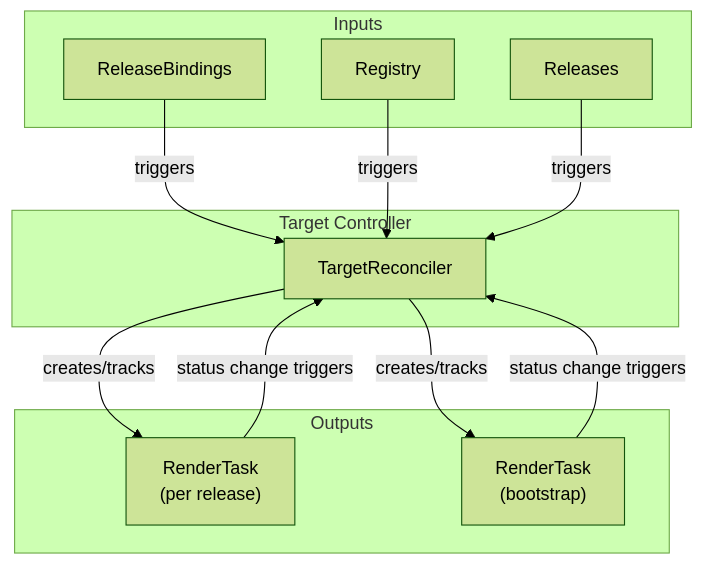
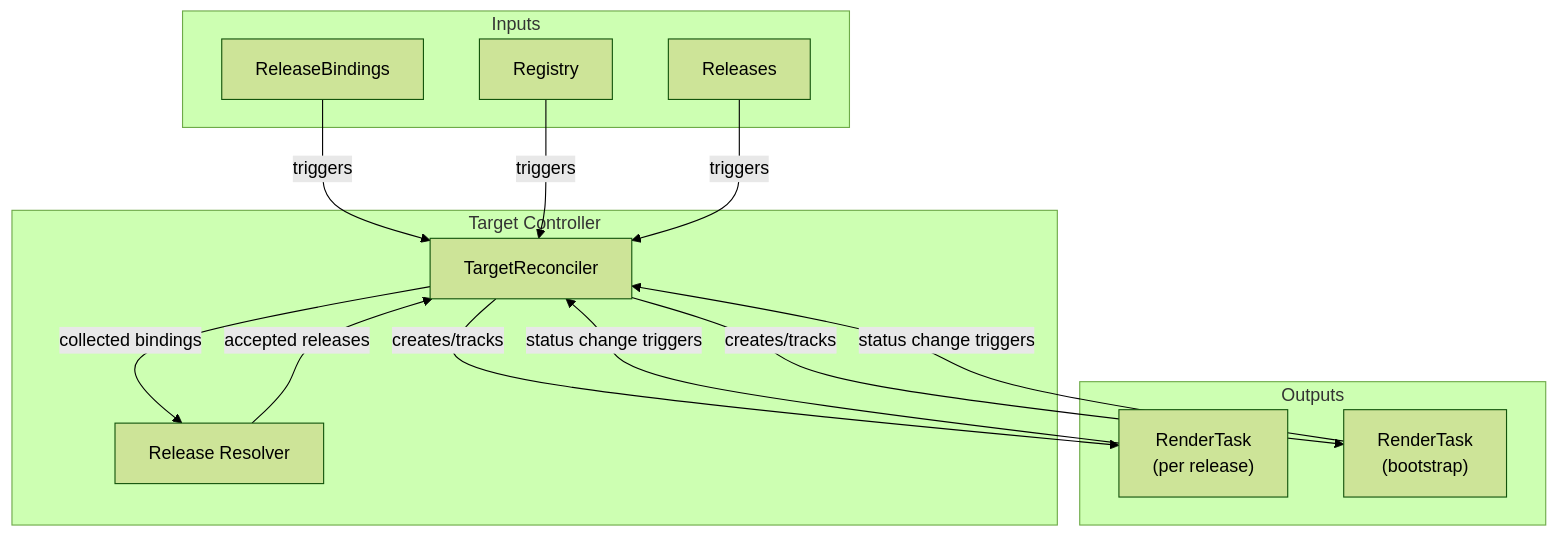
The first of 5 diagrams in docs/developer-guide/target_controller.md (opendefensecloud/solution-arsenal), drawn with Mermaid (forest theme) before and after one commit. The commit also changed other lines of this file and 4 other files, not shown here.

First line of the commit message:
docs: update release resolver documentation

````diff
--- a/docs/developer-guide/target_controller.md
+++ b/docs/developer-guide/target_controller.md
@@ -19,26 +21,29 @@
 ```mermaid
 flowchart TD
     subgraph Inputs
         RB[ReleaseBindings]
         Reg[Registry]
         Rel[Releases]
     end
 
     subgraph Target Controller
         Ctrl[TargetReconciler]
+        Resolver[Release Resolver]
     end
 
     subgraph Outputs
         RT1["RenderTask\n(per release)"]
         RT2["RenderTask\n(bootstrap)"]
     end
 
     RB -->|triggers| Ctrl
     Reg -->|triggers| Ctrl
     Rel -->|triggers| Ctrl
     RT1 -->|status change triggers| Ctrl
     RT2 -->|status change triggers| Ctrl
 
+    Ctrl -->|collected bindings| Resolver
+    Resolver -->|accepted releases| Ctrl
     Ctrl -->|creates/tracks| RT1
     Ctrl -->|creates/tracks| RT2
 ```
````
